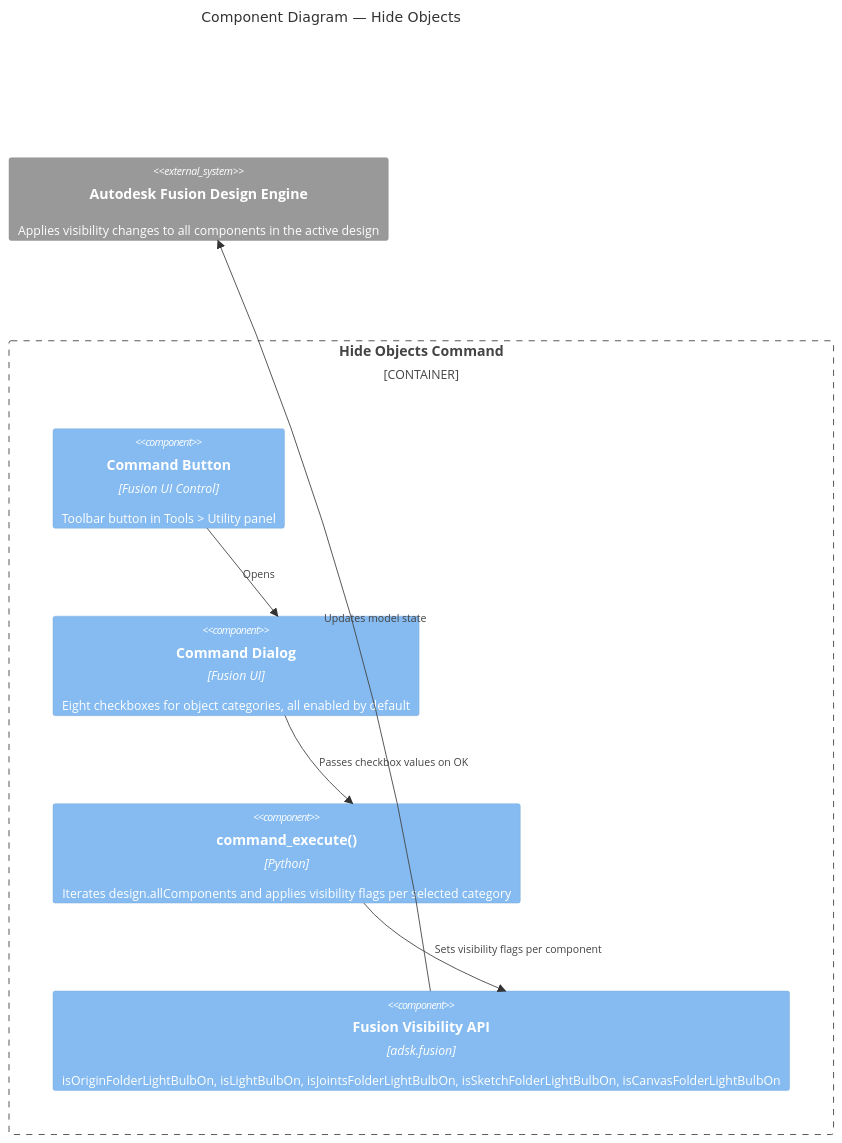
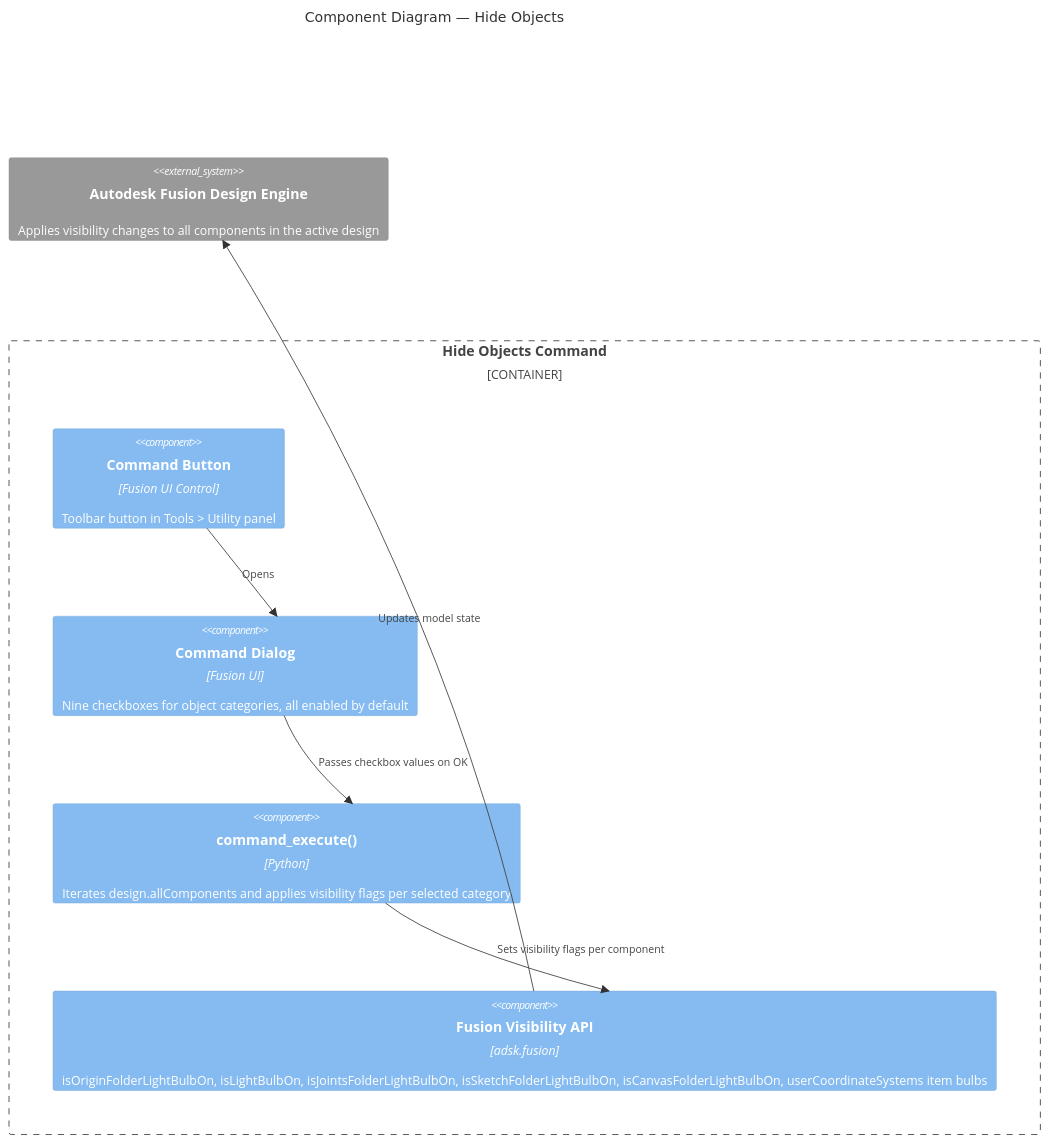
The second of 2 diagrams in docs/arch/HideObjects.md (schneik80/PowerTools), drawn with Mermaid before and after one commit. The commit also changed 2 other files, not shown here.

Commit message:
Hide Objects: add User Coordinate Systems category
Mirrors the Hide UCS option added to Bottom-Up Update. UCS have no
folder light bulb and the collection is a preview-state API, so the
branch is hasattr-guarded and flips individual item bulbs.

````diff
--- a/docs/arch/HideObjects.md
+++ b/docs/arch/HideObjects.md
@@ -26,15 +26,15 @@
 ```mermaid
 C4Component
     title Component Diagram — Hide Objects
     Container_Boundary(addin, "Hide Objects Command") {
         Component(button, "Command Button", "Fusion UI Control", "Toolbar button in Tools > Utility panel")
-        Component(dialog, "Command Dialog", "Fusion UI", "Eight checkboxes for object categories, all enabled by default")
+        Component(dialog, "Command Dialog", "Fusion UI", "Nine checkboxes for object categories, all enabled by default")
         Component(handler, "command_execute()", "Python", "Iterates design.allComponents and applies visibility flags per selected category")
-        Component(api, "Fusion Visibility API", "adsk.fusion", "isOriginFolderLightBulbOn, isLightBulbOn, isJointsFolderLightBulbOn, isSketchFolderLightBulbOn, isCanvasFolderLightBulbOn")
+        Component(api, "Fusion Visibility API", "adsk.fusion", "isOriginFolderLightBulbOn, isLightBulbOn, isJointsFolderLightBulbOn, isSketchFolderLightBulbOn, isCanvasFolderLightBulbOn, userCoordinateSystems item bulbs")
     }
     System_Ext(fusion, "Autodesk Fusion Design Engine", "Applies visibility changes to all components in the active design")
     Rel(button, dialog, "Opens")
     Rel(dialog, handler, "Passes checkbox values on OK")
     Rel(handler, api, "Sets visibility flags per component")
     Rel(api, fusion, "Updates model state")
 ```
````
